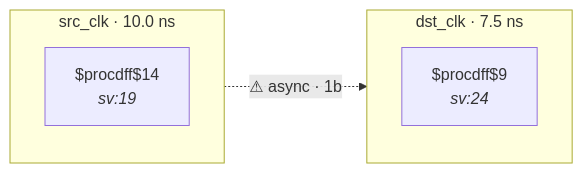
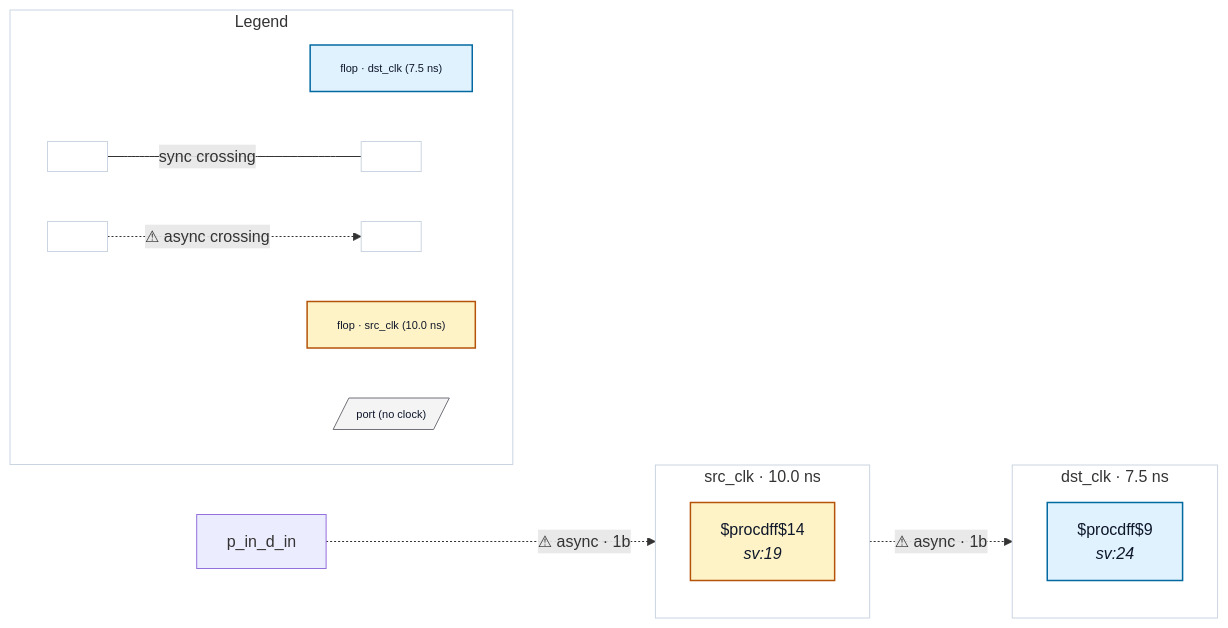
The diagram in tests/fixtures/marked_user_sync_port/README.md (rtl-buddy/rtl-buddy-cdc), drawn with Mermaid before and after one commit. The commit also changed 71 other files, not shown here.

First line of the commit message:
Refresh fixture READMEs + render iterations (colors, legend, nested ports, clock-net edges)

````diff
--- a/tests/fixtures/marked_user_sync_port/README.md
+++ b/tests/fixtures/marked_user_sync_port/README.md
@@ -14,14 +14,40 @@
 ```mermaid
 %% marked_user_sync_port — generated by rtl-buddy-cdc render
 flowchart LR
   subgraph clk_dst_clk["dst_clk · 7.5 ns"]
     direction TB
-    f_3b728ddc["$procdff$9<br/><i>sv:24</i>"]
+    f_3b728ddc["$procdff$9<br/><i>sv:24</i>"]:::ckcls_dst_clk
   end
   subgraph clk_src_clk["src_clk · 10.0 ns"]
     direction TB
-    f_2ab3af29["$procdff$14<br/><i>sv:19</i>"]
+    f_2ab3af29["$procdff$14<br/><i>sv:19</i>"]:::ckcls_src_clk
   end
+  p_in_d_in -. "⚠ async · 1b" .-> f_2ab3af29
   f_2ab3af29 -. "⚠ async · 1b" .-> f_3b728ddc
-  classDef port fill:#f4f4f5,stroke:#71717a
+  subgraph rb_legend["Legend"]
+    direction LR
+    lg_clk_dst_clk["flop · dst_clk (7.5 ns)"]:::ckcls_dst_clk
+    lg_clk_src_clk["flop · src_clk (10.0 ns)"]:::ckcls_src_clk
+    lg_port[/"port (no clock)"/]:::port_unassigned
+    lg_sync_a[" "]:::ckcls_legend_neutral
+    lg_sync_b[" "]:::ckcls_legend_neutral
+    lg_async_a[" "]:::ckcls_legend_neutral
+    lg_async_b[" "]:::ckcls_legend_neutral
+    lg_sync_a --- |"sync crossing"| lg_sync_b
+    lg_async_a -. "⚠ async crossing" .-> lg_async_b
+  end
+  style clk_dst_clk fill:none,stroke:#cbd5e1
+  style clk_src_clk fill:none,stroke:#cbd5e1
+  style rb_legend fill:none,stroke:#cbd5e1
+  style lg_clk_dst_clk font-size:11px
+  style lg_clk_src_clk font-size:11px
+  style lg_port font-size:11px
+  style lg_sync_a font-size:11px
+  style lg_sync_b font-size:11px
+  style lg_async_a font-size:11px
+  style lg_async_b font-size:11px
+  classDef ckcls_dst_clk fill:#e0f2fe,stroke:#0369a1,stroke-width:1.5px,color:#0f172a
+  classDef ckcls_src_clk fill:#fef3c7,stroke:#b45309,stroke-width:1.5px,color:#0f172a
+  classDef port_unassigned fill:#f4f4f5,stroke:#71717a,color:#0f172a
+  classDef ckcls_legend_neutral fill:#ffffff,stroke:#cbd5e1,stroke-width:1px,color:#0f172a
 ```
````
